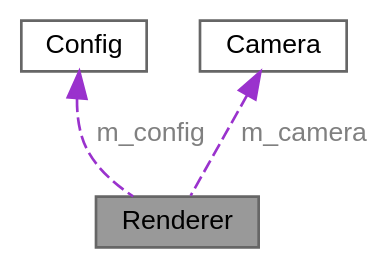
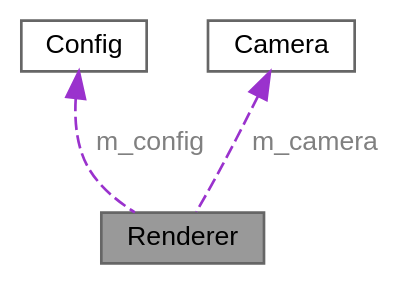
One commit to Kojittsu/Particles_Simulation changed the diagram in docs/classRenderer__coll__graph.dot. Above: the diagram before and after it, drawn with Graphviz. The commit also changed 89 other files, not shown here.

```diff
--- a/docs/classRenderer__coll__graph.dot
+++ b/docs/classRenderer__coll__graph.dot
@@ -1,12 +1,14 @@
 digraph "Renderer"
 {
  // LATEX_PDF_SIZE
   bgcolor="transparent";
   edge [fontname=Helvetica,fontsize=10,labelfontname=Helvetica,labelfontsize=10];
   node [fontname=Helvetica,fontsize=10,shape=box,height=0.2,width=0.4];
   Node1 [id="Node000001",label="Renderer",height=0.2,width=0.4,color="gray40", fillcolor="grey60", style="filled", fontcolor="black",tooltip=" "];
-  Node2 -> Node1 [id="edge1_Node000001_Node000002",dir="back",color="darkorchid3",style="dashed",tooltip=" ",label=" m_config",fontcolor="grey" ];
+  Node2 -> Node1 [id="edge1_Node000001_Node000002",dir="back",color="darkorchid3",style="dashed",tooltip=" ",label=<<TABLE CELLBORDER="0" BORDER="0"><TR><TD VALIGN="top" ALIGN="LEFT" CELLPADDING="1" CELLSPACING="0">m_config</TD></TR>
+</TABLE>> ,fontcolor="grey" ];
   Node2 [id="Node000002",label="Config",height=0.2,width=0.4,color="gray40", fillcolor="white", style="filled",URL="$structConfig.html",tooltip=" "];
-  Node3 -> Node1 [id="edge2_Node000001_Node000003",dir="back",color="darkorchid3",style="dashed",tooltip=" ",label=" m_camera",fontcolor="grey" ];
+  Node3 -> Node1 [id="edge2_Node000001_Node000003",dir="back",color="darkorchid3",style="dashed",tooltip=" ",label=<<TABLE CELLBORDER="0" BORDER="0"><TR><TD VALIGN="top" ALIGN="LEFT" CELLPADDING="1" CELLSPACING="0">m_camera</TD></TR>
+</TABLE>> ,fontcolor="grey" ];
   Node3 [id="Node000003",label="Camera",height=0.2,width=0.4,color="gray40", fillcolor="white", style="filled",URL="$classCamera.html",tooltip=" "];
 }
```
